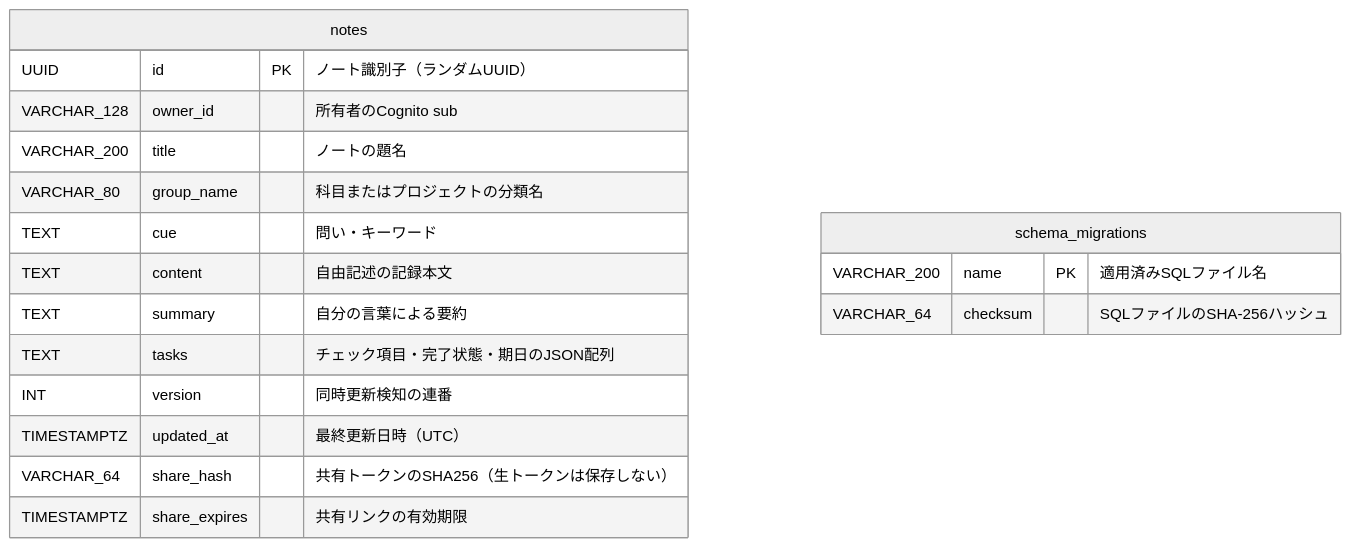
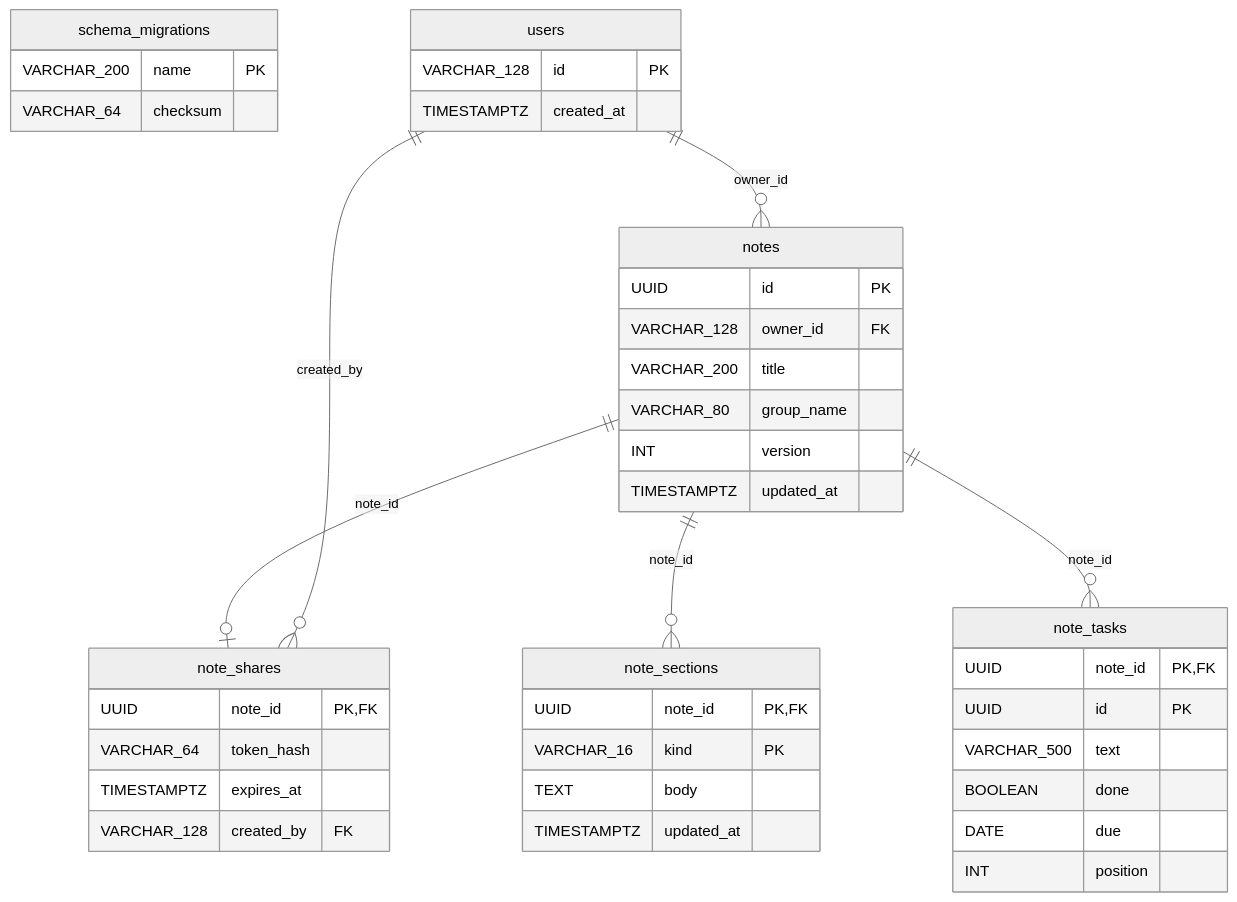
One commit to tsuji-tomonori/CornellNoteWebv2 changed the diagram in docs/generated/database/er.gen.md. Above: the diagram before and after it, drawn with Mermaid (neutral theme). The commit also changed other lines of this file and 194 other files, not shown here.

````diff
--- a/docs/generated/database/er.gen.md
+++ b/docs/generated/database/er.gen.md
@@ -7,21 +7,45 @@
 ```mermaid
 erDiagram
+    direction TB
+    note_sections {
+        UUID note_id PK, FK
+        VARCHAR_16 kind PK
+        TEXT body
+        TIMESTAMPTZ updated_at
+    }
+    note_shares {
+        UUID note_id PK, FK
+        VARCHAR_64 token_hash
+        TIMESTAMPTZ expires_at
+        VARCHAR_128 created_by FK
+    }
+    note_tasks {
+        UUID note_id PK, FK
+        UUID id PK
+        VARCHAR_500 text
+        BOOLEAN done
+        DATE due
+        INT position
+    }
     notes {
-        UUID id PK "ノート識別子（ランダムUUID）"
-        VARCHAR_128 owner_id "所有者のCognito sub"
-        VARCHAR_200 title "ノートの題名"
-        VARCHAR_80 group_name "科目またはプロジェクトの分類名"
-        TEXT cue "問い・キーワード"
-        TEXT content "自由記述の記録本文"
-        TEXT summary "自分の言葉による要約"
-        TEXT tasks "チェック項目・完了状態・期日のJSON配列"
-        INT version "同時更新検知の連番"
-        TIMESTAMPTZ updated_at "最終更新日時（UTC）"
-        VARCHAR_64 share_hash "共有トークンのSHA256（生トークンは保存しない）"
-        TIMESTAMPTZ share_expires "共有リンクの有効期限"
+        UUID id PK
+        VARCHAR_128 owner_id FK
+        VARCHAR_200 title
+        VARCHAR_80 group_name
+        INT version
+        TIMESTAMPTZ updated_at
     }
     schema_migrations {
-        VARCHAR_200 name PK "適用済みSQLファイル名"
-        VARCHAR_64 checksum "SQLファイルのSHA-256ハッシュ"
+        VARCHAR_200 name PK
+        VARCHAR_64 checksum
     }
+    users {
+        VARCHAR_128 id PK
+        TIMESTAMPTZ created_at
+    }
+    notes ||--o{ note_sections : "note_id"
+    notes ||--o| note_shares : "note_id"
+    users ||--o{ note_shares : "created_by"
+    notes ||--o{ note_tasks : "note_id"
+    users ||--o{ notes : "owner_id"
 ```
````
